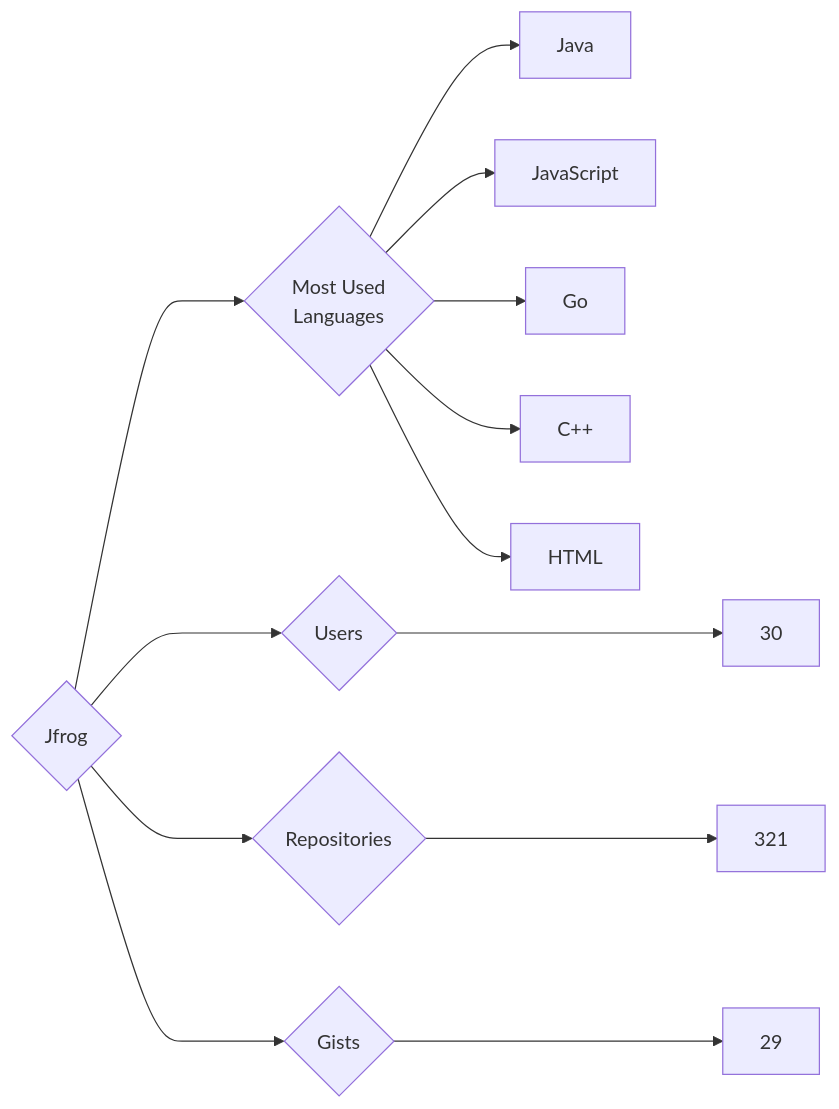
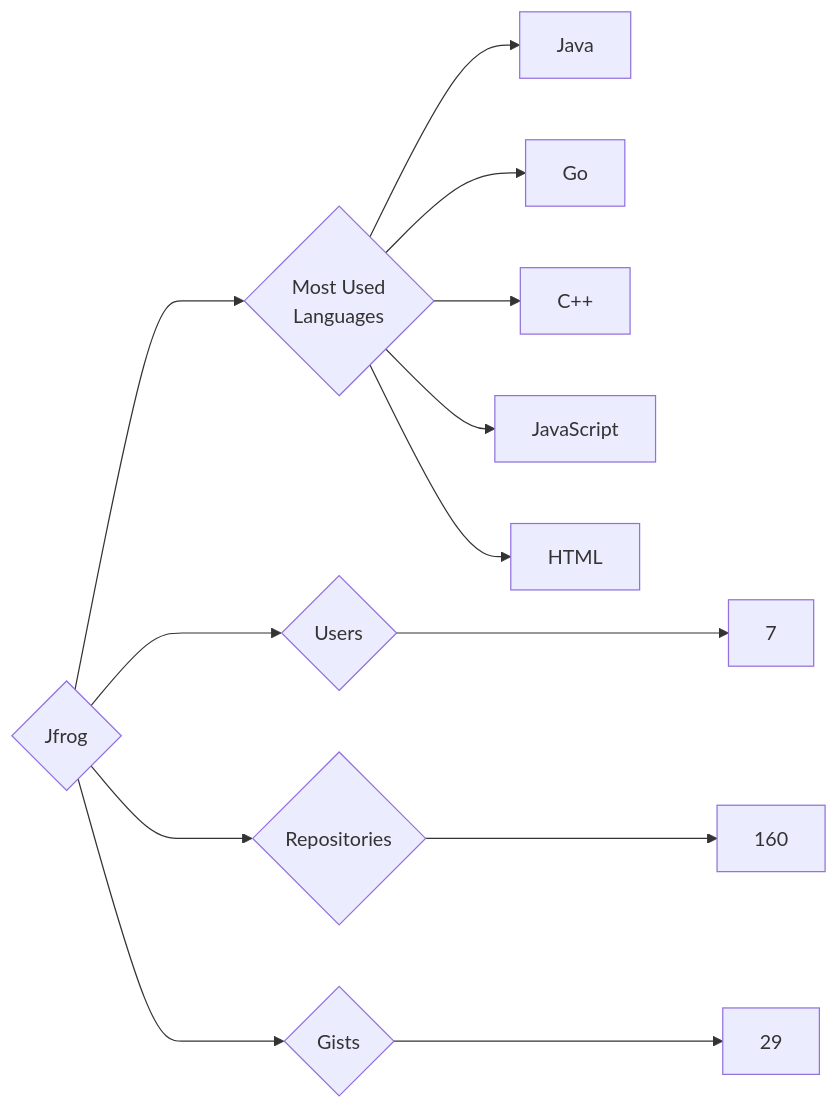
The diagram in targets/Jfrog/README.md (trickest/insiders), drawn with Mermaid before and after one commit. The commit also changed 847 other files, not shown here.

````diff
--- a/targets/Jfrog/README.md
+++ b/targets/Jfrog/README.md
@@ -3,13 +3,13 @@
 ```mermaid
 graph LR
 COMPANY_NAME{Jfrog}
-COMPANY_NAME ---> U{Users} ---> UN[30]
-COMPANY_NAME ---> R{Repositories} ---> RN[321]
+COMPANY_NAME ---> U{Users} ---> UN[7]
+COMPANY_NAME ---> R{Repositories} ---> RN[160]
 COMPANY_NAME ---> G{Gists} ---> GN[29]
 COMPANY_NAME ---> ML{Most Used<br>Languages}
 ML --> Java[Java]
-ML --> JavaScript[JavaScript]
 ML --> Go[Go]
 ML --> C++[C++]
+ML --> JavaScript[JavaScript]
 ML --> HTML[HTML]
 ```
````
